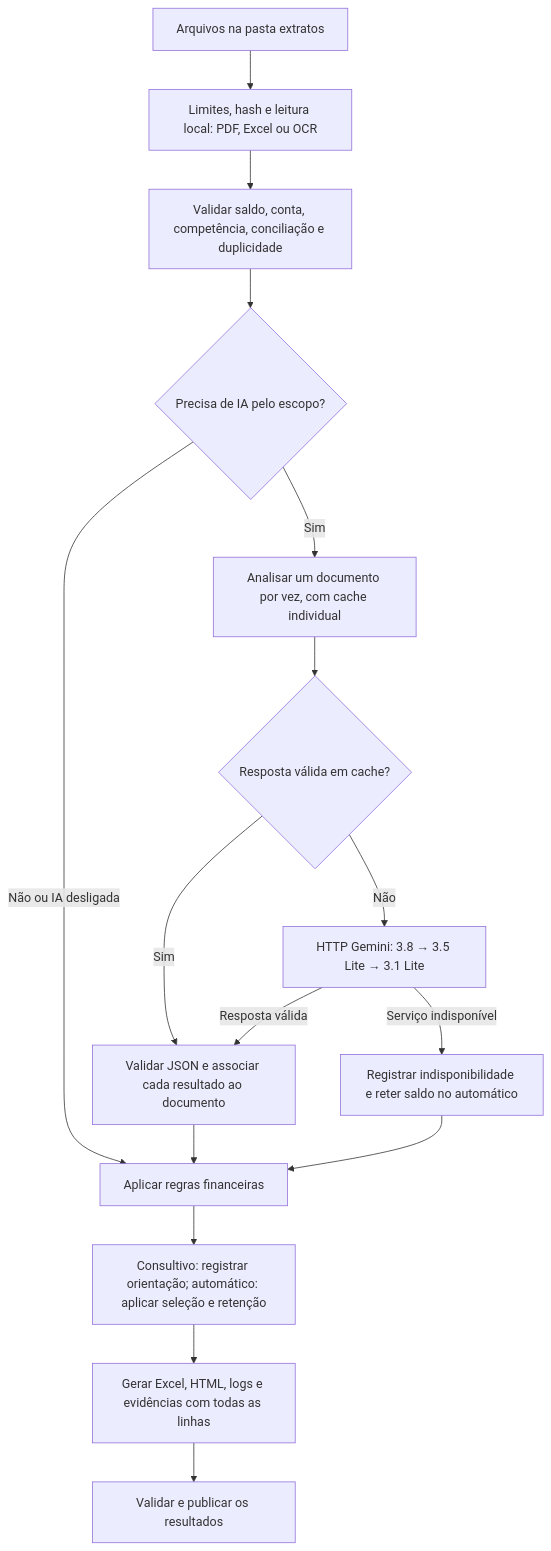
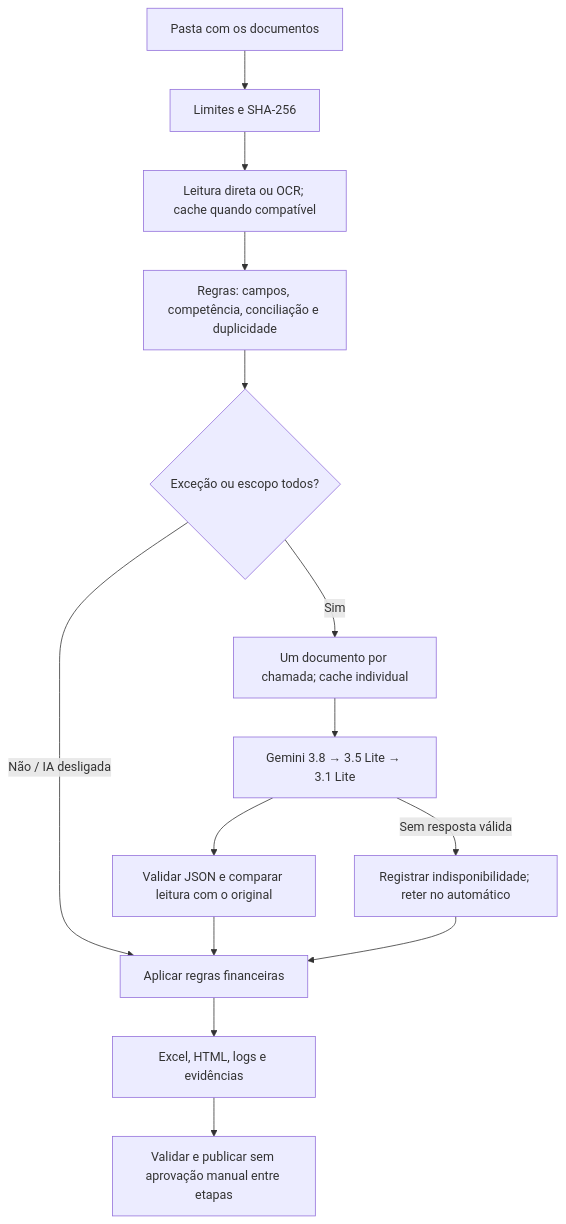
The first of 2 diagrams in README.md (felipexxxxx/goener-case), drawn with Mermaid before and after one commit. The commit also changed other lines of this file and 30 other files, not shown here.

````diff
--- a/README.md
+++ b/README.md
@@ -108,18 +77,16 @@
 ```mermaid
 flowchart TD
-    A[Arquivos na pasta extratos] --> B[Limites, hash e leitura local: PDF, Excel ou OCR]
-    B --> C[Validar saldo, conta, competência, conciliação e duplicidade]
-    C --> D{Precisa de IA pelo escopo?}
-    D -- Não ou IA desligada --> J[Aplicar regras financeiras]
-    D -- Sim --> E[Analisar um documento por vez, com cache individual]
-    E --> F{Resposta válida em cache?}
-    F -- Sim --> H[Validar JSON e associar cada resultado ao documento]
-    F -- Não --> G[HTTP Gemini: 3.8 → 3.5 Lite → 3.1 Lite]
-    G -- Resposta válida --> H
-    G -- Serviço indisponível --> I[Registrar indisponibilidade e reter saldo no automático]
-    H --> J
-    I --> J
-    J --> K[Consultivo: registrar orientação; automático: aplicar seleção e retenção]
-    K --> L[Gerar Excel, HTML, logs e evidências com todas as linhas]
-    L --> M[Validar e publicar os resultados]
+    A[Pasta com os documentos] --> B[Limites e SHA-256]
+    B --> C[Leitura direta ou OCR; cache quando compatível]
+    C --> D[Regras: campos, competência, conciliação e duplicidade]
+    D --> E{Exceção ou escopo todos?}
+    E -- Não / IA desligada --> I[Aplicar regras financeiras]
+    E -- Sim --> F[Um documento por chamada; cache individual]
+    F --> G[Gemini 3.8 → 3.5 Lite → 3.1 Lite]
+    G --> H[Validar JSON e comparar leitura com o original]
+    H --> I
+    G -- Sem resposta válida --> J[Registrar indisponibilidade; reter no automático]
+    J --> I
+    I --> K[Excel, HTML, logs e evidências]
+    K --> L[Validar e publicar sem aprovação manual entre etapas]
 ```
````
